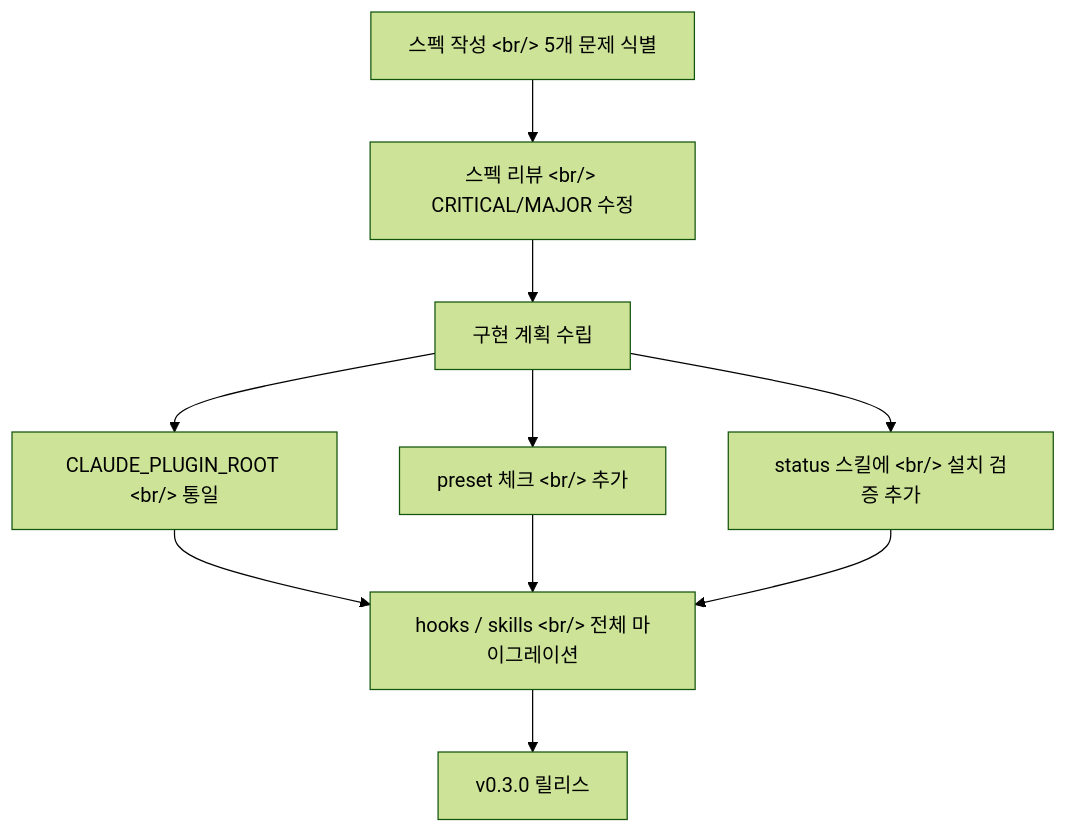
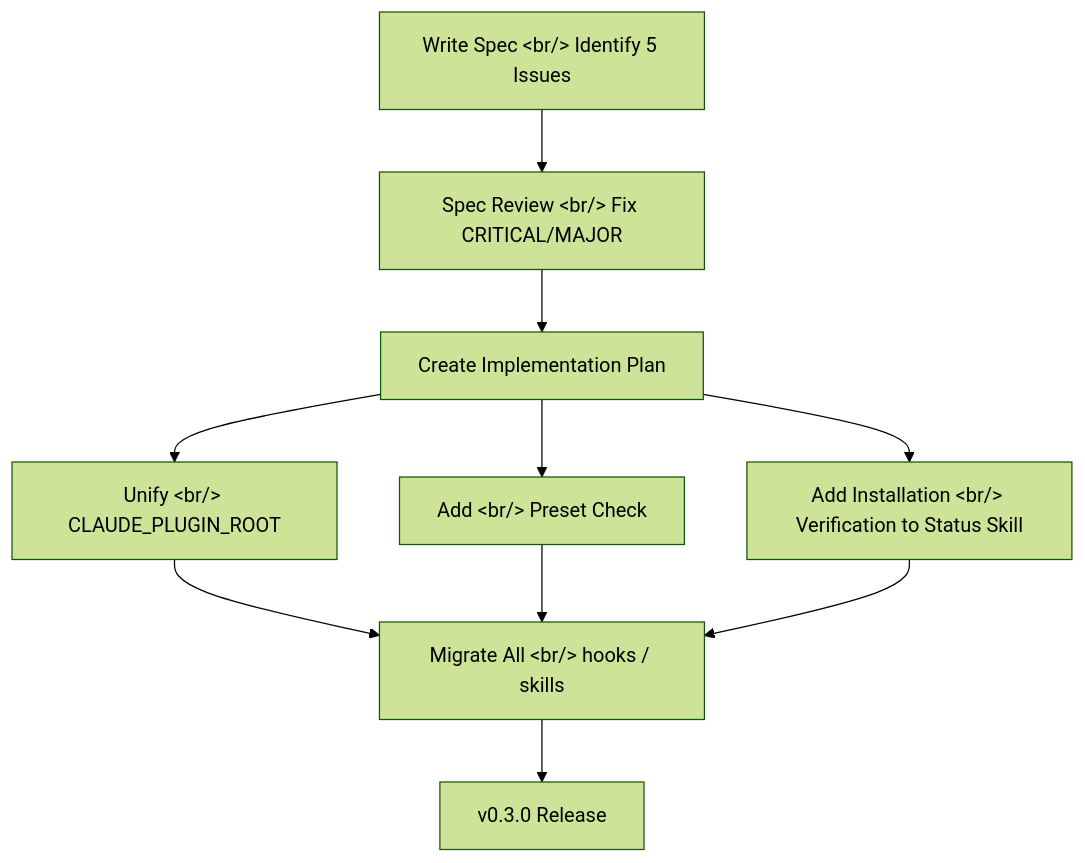
Before and after one commit to ice-ice-bear/ice-ice-bear.github.io: the second of 2 diagrams in content/en/posts/2026-04-02-harnesskit-dev4.md, drawn with Mermaid (forest theme). The commit also changed other lines of this file and 23 other files, not shown here.

````diff
--- a/content/en/posts/2026-04-02-harnesskit-dev4.md
+++ b/content/en/posts/2026-04-02-harnesskit-dev4.md
@@ -57,12 +57,12 @@
 ```mermaid
 graph TD
-    A["스펙 작성 &lt;br/&gt; 5개 문제 식별"] --> B["스펙 리뷰 &lt;br/&gt; CRITICAL/MAJOR 수정"]
-    B --> C["구현 계획 수립"]
-    C --> D["CLAUDE_PLUGIN_ROOT &lt;br/&gt; 통일"]
-    C --> E["preset 체크 &lt;br/&gt; 추가"]
-    C --> F["status 스킬에 &lt;br/&gt; 설치 검증 추가"]
-    D --> G["hooks / skills &lt;br/&gt; 전체 마이그레이션"]
+    A["Write Spec &lt;br/&gt; Identify 5 Issues"] --> B["Spec Review &lt;br/&gt; Fix CRITICAL/MAJOR"]
+    B --> C["Create Implementation Plan"]
+    C --> D["Unify &lt;br/&gt; CLAUDE_PLUGIN_ROOT"]
+    C --> E["Add &lt;br/&gt; Preset Check"]
+    C --> F["Add Installation &lt;br/&gt; Verification to Status Skill"]
+    D --> G["Migrate All &lt;br/&gt; hooks / skills"]
     E --> G
     F --> G
-    G --> H["v0.3.0 릴리스"]
+    G --> H["v0.3.0 Release"]
 ```
````
